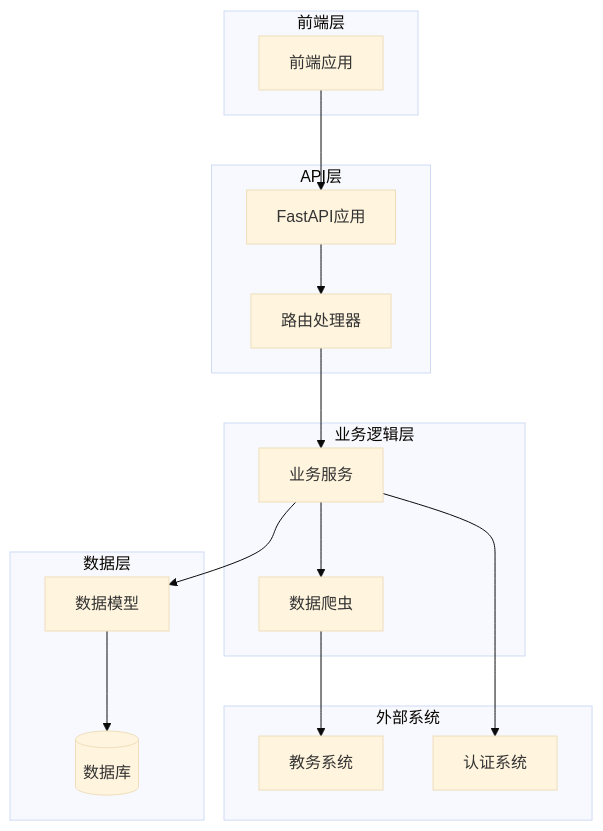
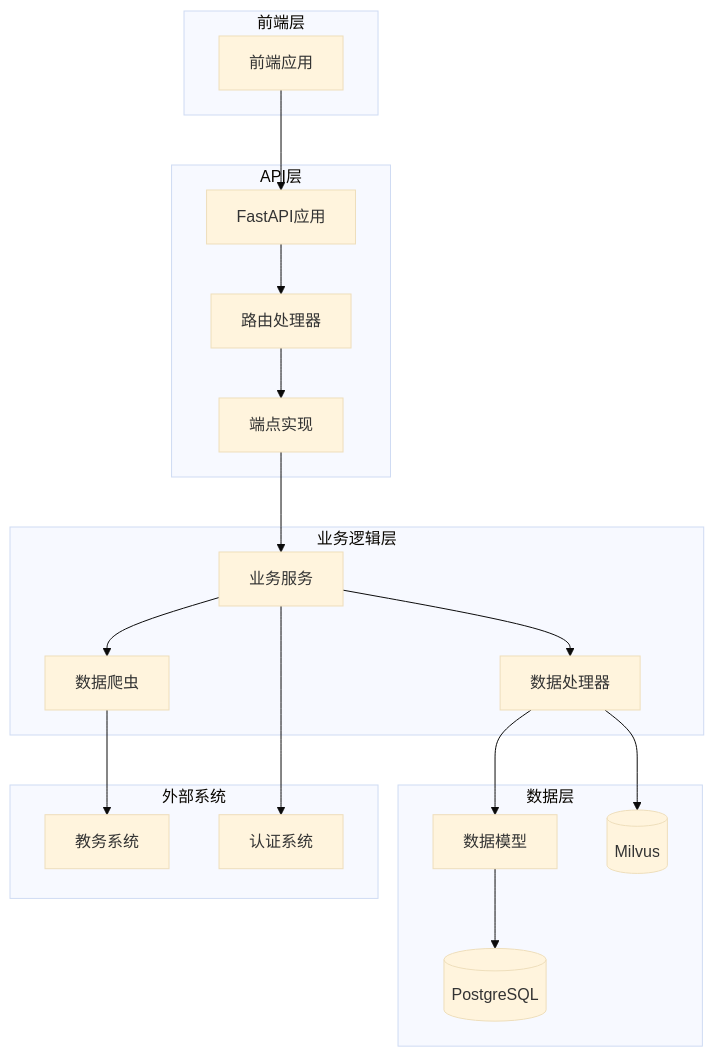
The first of 4 diagrams in .qoder/repowiki/zh/content/后端API文档/学术数据查询API/学术数据查询API.md (ghbbn053-ship-itsoulddog/soulddog), drawn with Mermaid (base theme) before and after one commit. The commit also changed other lines of this file and 47 other files, not shown here.

````diff
--- a/.qoder/repowiki/zh/content/后端API文档/学术数据查询API/学术数据查询API.md
+++ b/.qoder/repowiki/zh/content/后端API文档/学术数据查询API/学术数据查询API.md
@@ -47,30 +47,36 @@
 ```mermaid
 graph TB
 subgraph "前端层"
 FE[前端应用]
 end
 subgraph "API层"
 API[FastAPI应用]
 ROUTER[路由处理器]
+ENDPOINTS[端点实现]
 end
 subgraph "业务逻辑层"
 SERVICE[业务服务]
 SCRAPER[数据爬虫]
+PROCESSOR[数据处理器]
 end
 subgraph "数据层"
 MODEL[数据模型]
-DB[(数据库)]
+DB[(PostgreSQL)]
+VECTOR[(Milvus)]
 end
 subgraph "外部系统"
 JWXT[教务系统]
 AUTH[认证系统]
 end
 FE --> API
 API --> ROUTER
-ROUTER --> SERVICE
+ROUTER --> ENDPOINTS
+ENDPOINTS --> SERVICE
 SERVICE --> SCRAPER
-SERVICE --> MODEL
+SERVICE --> PROCESSOR
+PROCESSOR --> MODEL
 MODEL --> DB
+PROCESSOR --> VECTOR
 SCRAPER --> JWXT
 SERVICE --> AUTH
 ```
````
